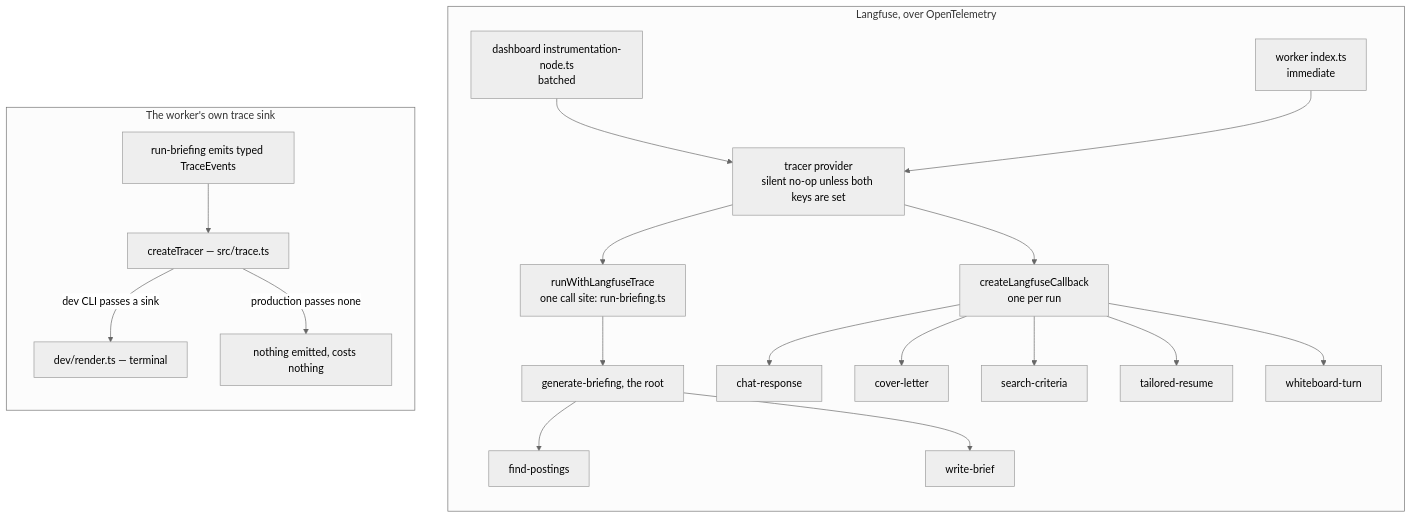
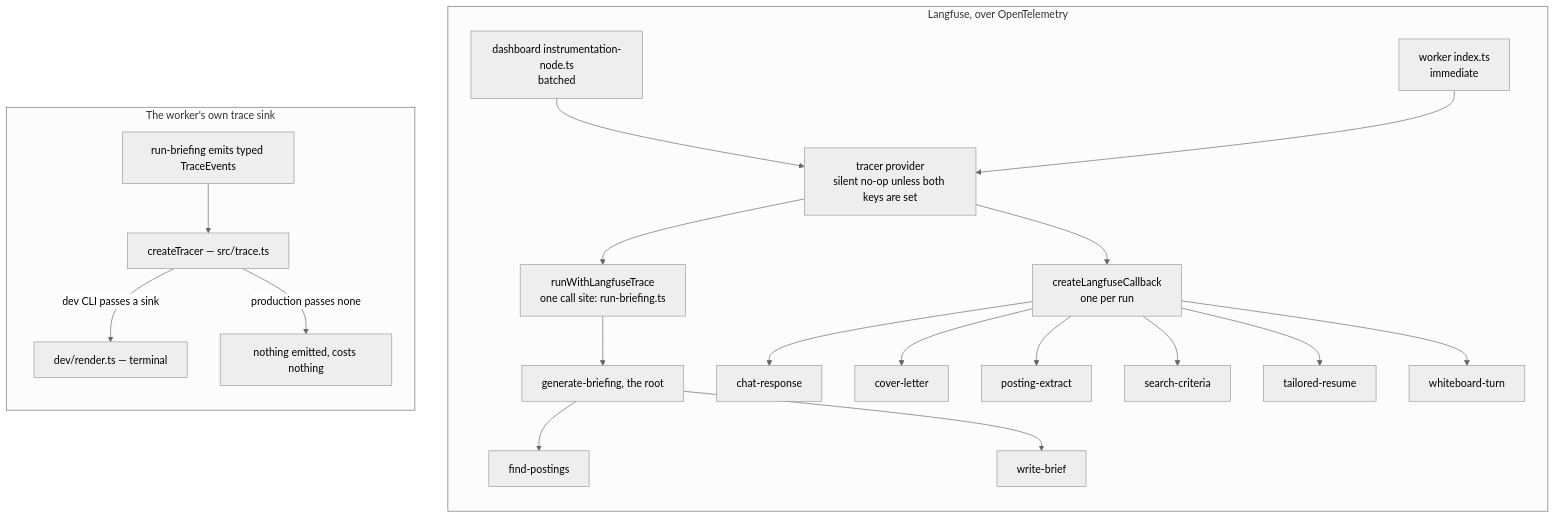
The fifth of 5 diagrams in docs/agent-architecture.md (sunnyeyles/control-panel), drawn with Mermaid (neutral theme) before and after one commit. The commit also changed other lines of this file and 50 other files, not shown here.

````diff
--- a/docs/agent-architecture.md
+++ b/docs/agent-architecture.md
@@ -393,26 +447,27 @@
 ```mermaid
 flowchart TD
     subgraph lfuse ["Langfuse, over OpenTelemetry"]
         direction TB
         I1["dashboard instrumentation-node.ts<br/>batched"] --> P
         I2["worker index.ts<br/>immediate"] --> P
         P["tracer provider<br/>silent no-op unless both keys are set"]
         P --> R["runWithLangfuseTrace<br/>one call site: run-briefing.ts"]
         P --> CB["createLangfuseCallback<br/>one per run"]
         R --> R1["generate-briefing, the root"]
         R1 --> R2["find-postings"]
         R1 --> R3["write-brief"]
         CB --> CB1["chat-response"]
         CB --> CB2["cover-letter"]
+    CB --> CB6["posting-extract"]
         CB --> CB3["search-criteria"]
         CB --> CB4["tailored-resume"]
         CB --> CB5["whiteboard-turn"]
     end
 
     subgraph sink ["The worker's own trace sink"]
         direction TB
         T1["run-briefing emits typed TraceEvents"] --> T2["createTracer — src/trace.ts"]
         T2 -->|"dev CLI passes a sink"| T3["dev/render.ts — terminal"]
         T2 -->|"production passes none"| T4["nothing emitted, costs nothing"]
     end
 ```
````
